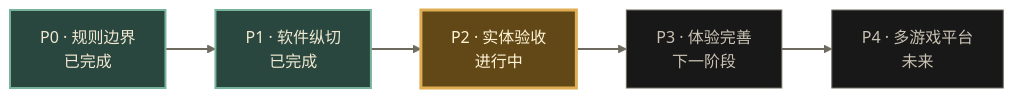
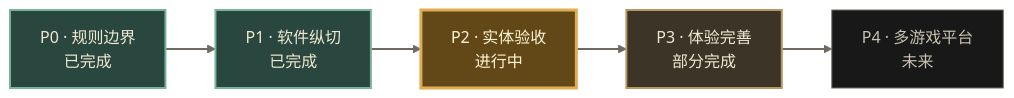
Before and after one commit to HwzLoveDz/folo-ai-passport-werewolf: the diagram in README.md, drawn with Mermaid. The commit also changed other lines of this file and 13 other files, not shown here.

````diff
--- a/README.md
+++ b/README.md
@@ -24,15 +27,17 @@
 ```mermaid
 flowchart LR
     P0["P0 · 规则边界<br/>已完成"] --> P1["P1 · 软件纵切<br/>已完成"]
     P1 --> P2["P2 · 实体验收<br/>进行中"]
-    P2 --> P3["P3 · 体验完善<br/>下一阶段"]
+    P2 --> P3["P3 · 体验完善<br/>部分完成"]
     P3 --> P4["P4 · 多游戏平台<br/>未来"]
 
     classDef done fill:#29473F,stroke:#78B39B,color:#F1E8D2,stroke-width:2px;
     classDef active fill:#624817,stroke:#E0AD53,color:#FFF4D6,stroke-width:3px;
+    classDef partial fill:#3B3427,stroke:#B99763,color:#F1E8D2,stroke-width:2px;
     classDef future fill:#181818,stroke:#6F6A60,color:#C9C2B3,stroke-width:1px;
     class P0,P1 done;
     class P2 active;
-    class P3,P4 future;
+    class P3 partial;
+    class P4 future;
     linkStyle default stroke:#6F6A60,stroke-width:2px;
 ```
````
